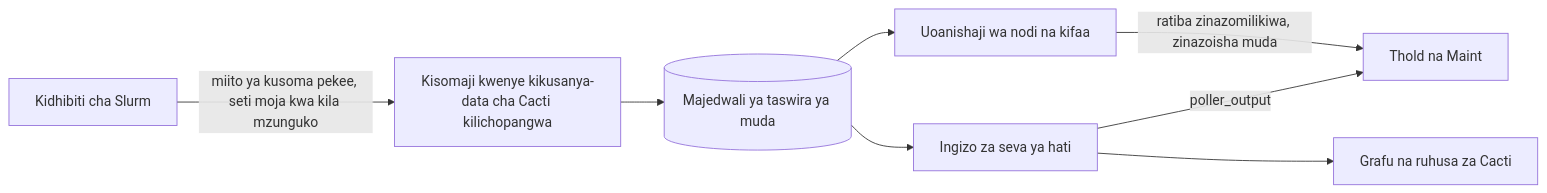
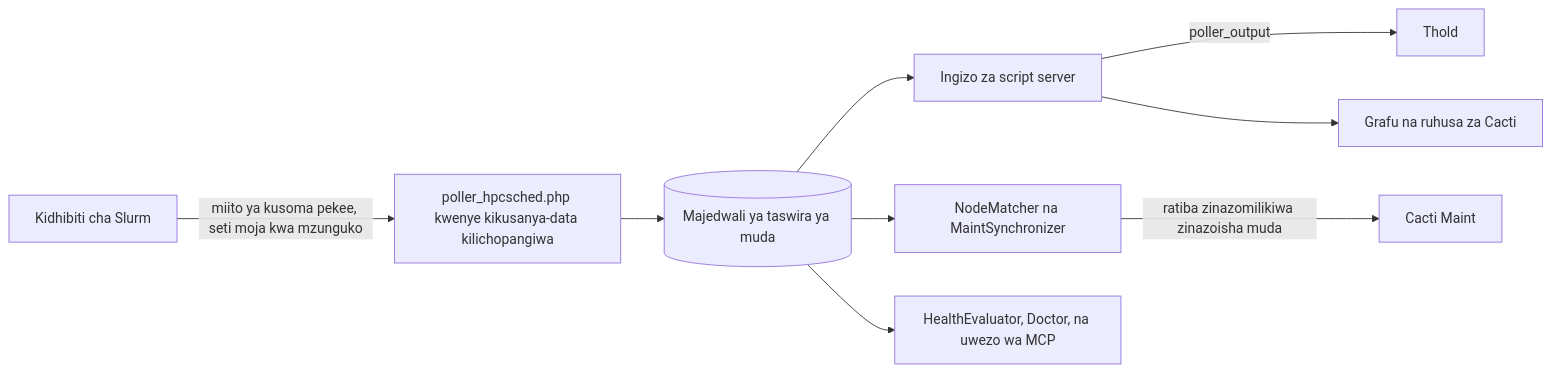
The diagram in docs/i18n/sw-KE/README.md (somethingwithproof/plugin_hpcsched), drawn with Mermaid before and after one commit. The commit also changed other lines of this file and 48 other files, not shown here.

````diff
--- a/docs/i18n/sw-KE/README.md
+++ b/docs/i18n/sw-KE/README.md
@@ -109,10 +163,11 @@
 ```mermaid
 flowchart LR
-    S[Kidhibiti cha Slurm] -->|miito ya kusoma pekee, seti moja kwa kila mzunguko| R[Kisomaji kwenye kikusanya-data cha Cacti kilichopangwa]
+    S[Kidhibiti cha Slurm] -->|miito ya kusoma pekee, seti moja kwa mzunguko| R[poller_hpcsched.php kwenye kikusanya-data kilichopangiwa]
     R --> SNAP[(Majedwali ya taswira ya muda)]
-    SNAP --> SS[Ingizo za seva ya hati]
-    SS -->|poller_output| T[Thold na Maint]
+    SNAP --> SS[Ingizo za script server]
+    SS -->|poller_output| T[Thold]
     SS --> G[Grafu na ruhusa za Cacti]
-    SNAP --> MAP[Uoanishaji wa nodi na kifaa]
-    MAP -->|ratiba zinazomilikiwa, zinazoisha muda| T
+    SNAP --> MAP[NodeMatcher na MaintSynchronizer]
+    MAP -->|ratiba zinazomilikiwa zinazoisha muda| M[Cacti Maint]
+    SNAP --> H[HealthEvaluator, Doctor, na uwezo wa MCP]
 ```
````
